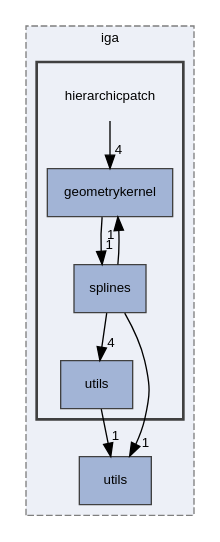
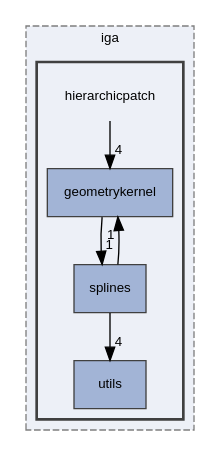
The diagram in dir_12fc9e68aad46ae2d80ba50ef1c96d76_dep.dot (rath3t/dune-iga-doc), drawn with Graphviz before and after one commit. The commit also changed 877 other files, not shown here.

```diff
--- a/dir_12fc9e68aad46ae2d80ba50ef1c96d76_dep.dot
+++ b/dir_12fc9e68aad46ae2d80ba50ef1c96d76_dep.dot
@@ -1,24 +1,21 @@
 digraph "hierarchicpatch"
 {
  // LATEX_PDF_SIZE
   edge [fontname="Helvetica",fontsize="10",labelfontname="Helvetica",labelfontsize="10"];
   node [fontname="Helvetica",fontsize="10",shape=record];
   compound=true
   subgraph clusterdir_d2a3c23294a1b1015b1b8e8721ddded8 {
     graph [ bgcolor="#edf0f7", pencolor="grey50", style="filled,dashed,", label="iga", fontname="Helvetica", fontsize="10", URL="dir_d2a3c23294a1b1015b1b8e8721ddded8.html"]
-  dir_054fedf05f142c88b967e78541d2ed3d [shape=box, label="utils", style="filled,", fillcolor="#a2b4d6", color="grey25", URL="dir_054fedf05f142c88b967e78541d2ed3d.html"];
   subgraph clusterdir_12fc9e68aad46ae2d80ba50ef1c96d76 {
     graph [ bgcolor="#edf0f7", pencolor="grey25", style="filled,bold,", label="", fontname="Helvetica", fontsize="10", URL="dir_12fc9e68aad46ae2d80ba50ef1c96d76.html"]
     dir_12fc9e68aad46ae2d80ba50ef1c96d76 [shape=plaintext, label="hierarchicpatch"];
   dir_dd59cf058be4b87402b3a744c5ea20b5 [shape=box, label="geometrykernel", style="filled,", fillcolor="#a2b4d6", color="grey25", URL="dir_dd59cf058be4b87402b3a744c5ea20b5.html"];
   dir_db7a8382cbcdbcaaeb9c3dd2ed6d6157 [shape=box, label="splines", style="filled,", fillcolor="#a2b4d6", color="grey25", URL="dir_db7a8382cbcdbcaaeb9c3dd2ed6d6157.html"];
   dir_29e36e3869dd8211c6d429092de827ad [shape=box, label="utils", style="filled,", fillcolor="#a2b4d6", color="grey25", URL="dir_29e36e3869dd8211c6d429092de827ad.html"];
   }
   }
   dir_12fc9e68aad46ae2d80ba50ef1c96d76->dir_dd59cf058be4b87402b3a744c5ea20b5 [headlabel="4", labeldistance=1.5 headhref="dir_000004_000003.html"];
   dir_dd59cf058be4b87402b3a744c5ea20b5->dir_db7a8382cbcdbcaaeb9c3dd2ed6d6157 [headlabel="1", labeldistance=1.5 headhref="dir_000003_000010.html"];
-  dir_db7a8382cbcdbcaaeb9c3dd2ed6d6157->dir_054fedf05f142c88b967e78541d2ed3d [headlabel="1", labeldistance=1.5 headhref="dir_000010_000013.html"];
   dir_db7a8382cbcdbcaaeb9c3dd2ed6d6157->dir_29e36e3869dd8211c6d429092de827ad [headlabel="4", labeldistance=1.5 headhref="dir_000010_000012.html"];
   dir_db7a8382cbcdbcaaeb9c3dd2ed6d6157->dir_dd59cf058be4b87402b3a744c5ea20b5 [headlabel="1", labeldistance=1.5 headhref="dir_000010_000003.html"];
-  dir_29e36e3869dd8211c6d429092de827ad->dir_054fedf05f142c88b967e78541d2ed3d [headlabel="1", labeldistance=1.5 headhref="dir_000012_000013.html"];
 }
```
